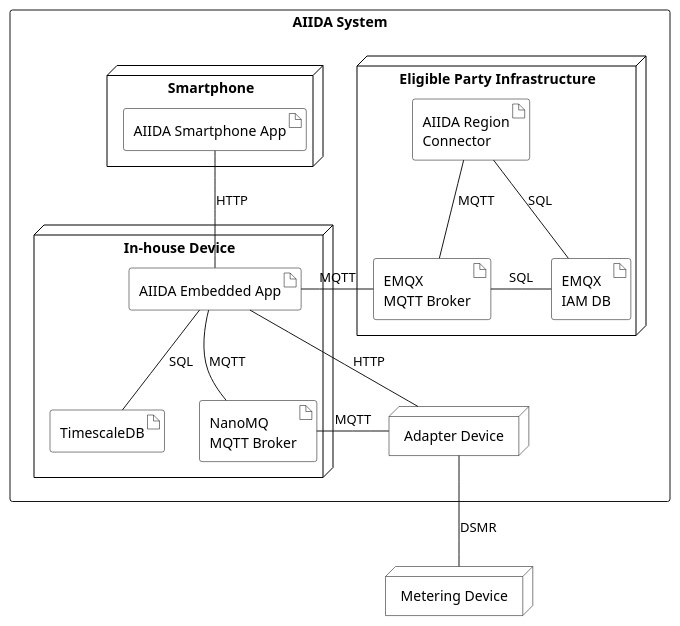
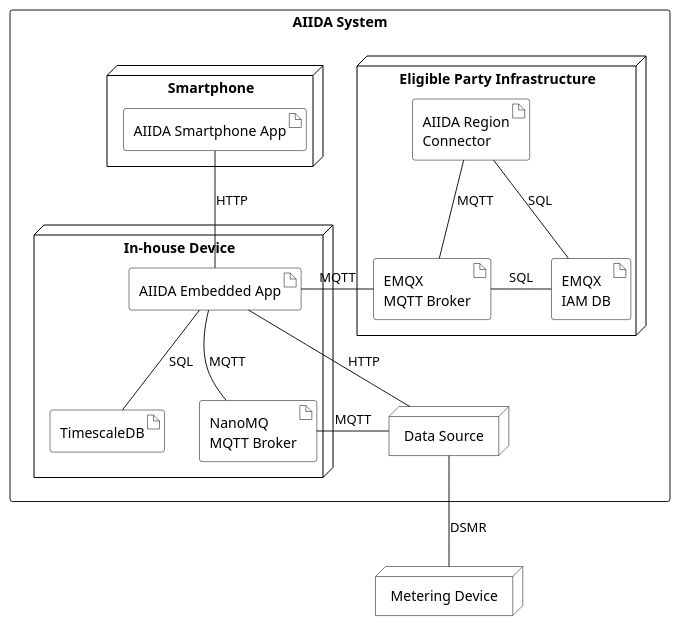
Before and after one commit to eddie-energy/architecture: the diagram in arc42/aiida/deployment-view/figures/aiida_deployment_view.puml, drawn with PlantUML. The commit also changed 27 other files, not shown here.

Commit message:
Part of #120: Rename Adapter Device to Data Source

```diff
--- a/arc42/aiida/deployment-view/figures/aiida_deployment_view.puml
+++ b/arc42/aiida/deployment-view/figures/aiida_deployment_view.puml
@@ -1,60 +1,60 @@
 @startuml aiida_deployment_view
 'component diagram
 
 ' skinparam linetype ortho
 
 skinparam artifact{
   BorderColor black
   BackgroundColor transparent
 }
 skinparam node{
   BorderColor black
   BackgroundColor white
 }
 skinparam rectangle{
   ' BorderColor transparent
   BackgroundColor transparent
   FontColor black
 }
 
 rectangle "AIIDA System" {
   node "Eligible Party Infrastructure"  as epInfra{
       artifact "AIIDA Region\nConnector" as regcon
     artifact "EMQX \nMQTT Broker" as broker
     artifact "EMQX \nIAM DB" as emqxiam
 
     broker -right- emqxiam : SQL
     regcon -down- broker : MQTT
     regcon -down- emqxiam : SQL
 
   }
 
   node "Smartphone" as smartphone{
     artifact "AIIDA Smartphone App" as app
 
   }
   node "In-house Device" as aiida {
     artifact "AIIDA Embedded App" as embapp
     artifact "NanoMQ \nMQTT Broker" as nano
     artifact "TimescaleDB" as db
 
     embapp -down- nano : MQTT
     embapp -down- db : SQL
     db -[hidden]right- nano
   }
 
   embapp -up- app : HTTP
   embapp -right- broker : MQTT
 
   ' frame "Device Austria" as device2
   ' frame "Device France" as device3
-node "Adapter Device" as adapterDevice
+node "Data Source" as adapterDevice
 }
 node "Metering Device" as smartmeter
 
 adapterDevice -left- embapp : HTTP
 adapterDevice -left- nano : MQTT
 
 smartmeter -up- adapterDevice : DSMR
 
 @enduml
```
